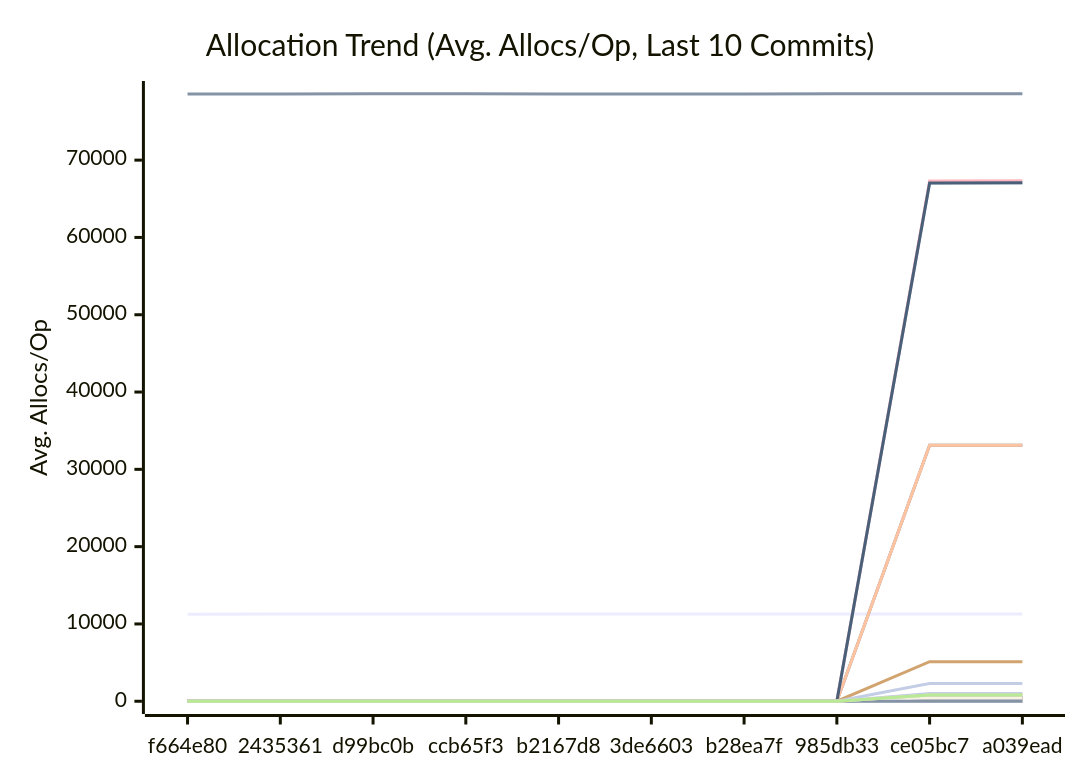
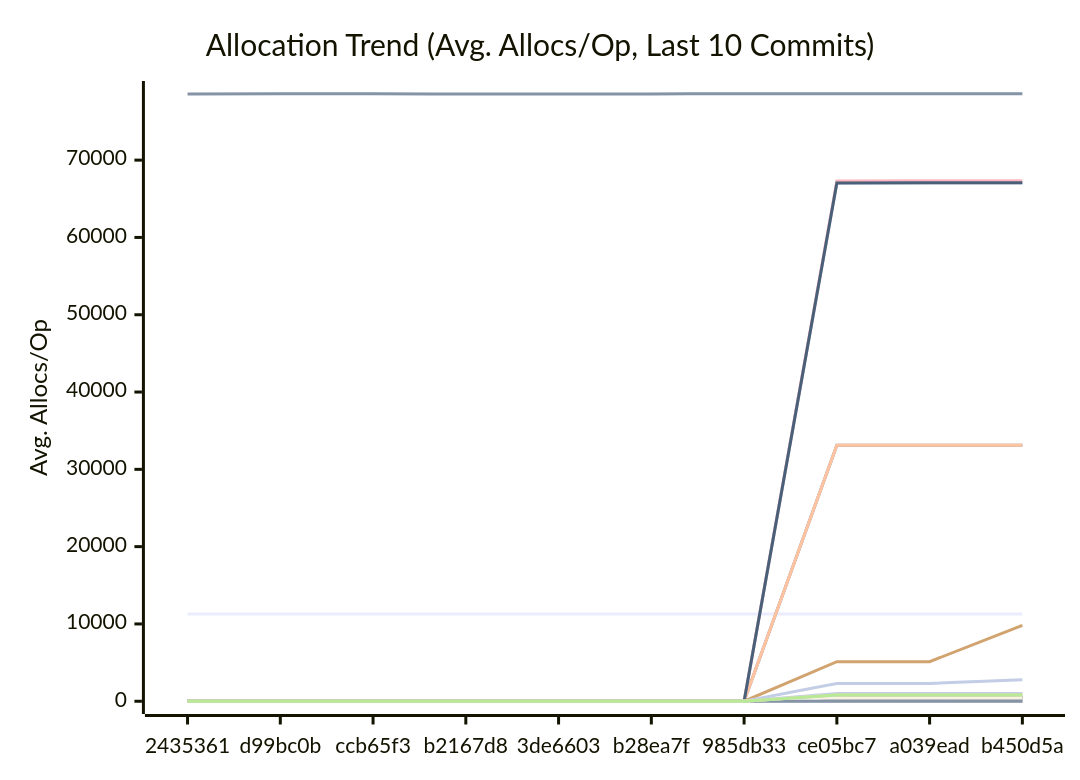
Before and after one commit to alsotoes/momo: the third of 3 diagrams in docs/PERFORMANCE.md, drawn with Mermaid. The commit also changed other lines of this file and 6 other files, not shown here.

Commit message:
docs: mark momofs R4 implemented — ROADMAP + docs/momofs status (#932)

````diff
--- a/docs/PERFORMANCE.md
+++ b/docs/PERFORMANCE.md
@@ -348,42 +348,42 @@
 ```mermaid
 xychart-beta
     title "Allocation Trend (Avg. Allocs/Op, Last 10 Commits)"
     x-axis "Commit"
     y-axis "Avg. Allocs/Op"
-    x-axis [f664e80,2435361,d99bc0b,ccb65f3,b2167d8,3de6603,b28ea7f,985db33,ce05bc7,a039ead]
-    line "AWSChunkedReaderSigned" [11270,11298,11294,11296,11294,11282,11296,11273,11277,11286]
-    line "AWSChunkedReaderUnsigned" [78560,78566,78574,78587,78561,78563,78568,78577,78572,78577]
+    x-axis [2435361,d99bc0b,ccb65f3,b2167d8,3de6603,b28ea7f,985db33,ce05bc7,a039ead,b450d5a]
+    line "AWSChunkedReaderSigned" [11298,11294,11296,11294,11282,11296,11273,11277,11286,11294]
+    line "AWSChunkedReaderUnsigned" [78566,78574,78587,78561,78563,78568,78577,78572,78577,78583]
     line "CheckMetricsAndSwap" [0,0,0,0,0,0,0,0,0,0]
     line "CrushOptimized" [0,0,0,0,0,0,0,0,0,0]
     line "CrushOriginal" [3,3,3,3,3,3,3,3,3,3]
-    line "FormatListObjectsV2XML_AppendFormat" [0,0,0,0,0,0,0,0,16,16]
-    line "FormatListObjectsV2XML_OldFormat" [0,0,0,0,0,0,0,0,1000,1000]
-    line "HashBytes/1MiB" [0,0,0,0,0,0,0,0,64,64]
-    line "HashBytes/256MiB" [0,0,0,0,0,0,0,0,64,64]
-    line "HashBytes/64MiB" [0,0,0,0,0,0,0,0,64,64]
-    line "HashFile/1MiB" [0,0,0,0,0,0,0,0,33128,33128]
-    line "HashFile/256MiB" [0,0,0,0,0,0,0,0,33128,33128]
-    line "HashFile/64MiB" [0,0,0,0,0,0,0,0,33128,33128]
+    line "FormatListObjectsV2XML_AppendFormat" [0,0,0,0,0,0,0,16,16,16]
+    line "FormatListObjectsV2XML_OldFormat" [0,0,0,0,0,0,0,1000,1000,1000]
+    line "HashBytes/1MiB" [0,0,0,0,0,0,0,64,64,64]
+    line "HashBytes/256MiB" [0,0,0,0,0,0,0,64,64,64]
+    line "HashBytes/64MiB" [0,0,0,0,0,0,0,64,64,64]
+    line "HashFile/1MiB" [0,0,0,0,0,0,0,33128,33128,33128]
+    line "HashFile/256MiB" [0,0,0,0,0,0,0,33128,33128,33128]
+    line "HashFile/64MiB" [0,0,0,0,0,0,0,33128,33128,33128]
     line "IndexDirectTracking" [0,0,0,0,0,0,0,0,0,0]
     line "IndexSearch" [0,0,0,0,0,0,0,0,0,0]
-    line "LoadGlobalConfig" [54,54,54,54,54,54,54,54,58,58]
-    line "LocalWrite/1MiB" [0,0,0,0,0,0,0,0,67030,67032]
-    line "LocalWrite/256MiB" [0,0,0,0,0,0,0,0,67292,67348]
-    line "LocalWrite/64MiB" [0,0,0,0,0,0,0,0,67046,67073]
+    line "LoadGlobalConfig" [54,54,54,54,54,54,54,58,58,58]
+    line "LocalWrite/1MiB" [0,0,0,0,0,0,0,67030,67032,67032]
+    line "LocalWrite/256MiB" [0,0,0,0,0,0,0,67292,67348,67326]
+    line "LocalWrite/64MiB" [0,0,0,0,0,0,0,67046,67073,67085]
     line "PadString" [1,1,1,1,1,1,1,1,1,1]
     line "ParseReplicationOrder_NoPrealloc" [6,6,6,6,6,5,5,5,5,5]
     line "ParseReplicationOrder_Prealloc" [2,2,2,2,2,1,1,1,1,1]
-    line "Placement" [0,0,0,0,0,0,0,0,6,6]
-    line "PlacementDomainSpread" [0,0,0,0,0,0,0,0,6,6]
-    line "ReadVerify/1MiB" [0,0,0,0,0,0,0,0,435,464]
-    line "ReadVerify/256MiB" [0,0,0,0,0,0,0,0,5120,5120]
-    line "ReadVerify/64MiB" [0,0,0,0,0,0,0,0,2307,2307]
-    line "S3PutSpool/1MiB" [0,0,0,0,0,0,0,0,447,447]
-    line "S3PutSpool/256MiB" [0,0,0,0,0,0,0,0,448,448]
-    line "S3PutSpool/64MiB" [0,0,0,0,0,0,0,0,448,448]
+    line "Placement" [0,0,0,0,0,0,0,6,6,6]
+    line "PlacementDomainSpread" [0,0,0,0,0,0,0,6,6,6]
+    line "ReadVerify/1MiB" [0,0,0,0,0,0,0,435,464,436]
+    line "ReadVerify/256MiB" [0,0,0,0,0,0,0,5120,5120,9808]
+    line "ReadVerify/64MiB" [0,0,0,0,0,0,0,2307,2307,2776]
+    line "S3PutSpool/1MiB" [0,0,0,0,0,0,0,447,447,447]
+    line "S3PutSpool/256MiB" [0,0,0,0,0,0,0,448,448,448]
+    line "S3PutSpool/64MiB" [0,0,0,0,0,0,0,448,448,448]
     line "SanitizeLog/Safe" [0,0,0,0,0,0,0,0,0,0]
     line "SanitizeLog/Unsafe" [1,1,1,1,1,1,1,1,1,1]
-    line "TrustedRead/1MiB" [0,0,0,0,0,0,0,0,800,800]
-    line "TrustedRead/256MiB" [0,0,0,0,0,0,0,0,800,800]
-    line "TrustedRead/64MiB" [0,0,0,0,0,0,0,0,800,800]
+    line "TrustedRead/1MiB" [0,0,0,0,0,0,0,800,800,800]
+    line "TrustedRead/256MiB" [0,0,0,0,0,0,0,800,800,800]
+    line "TrustedRead/64MiB" [0,0,0,0,0,0,0,800,800,800]
 ```
````
